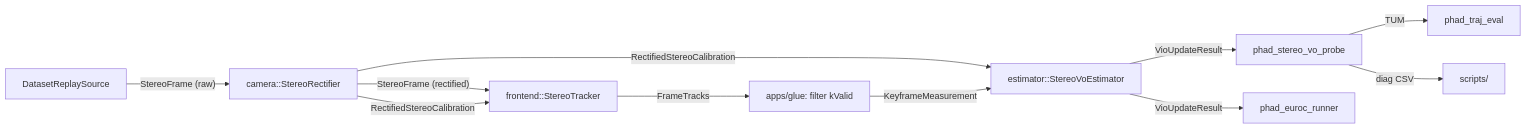
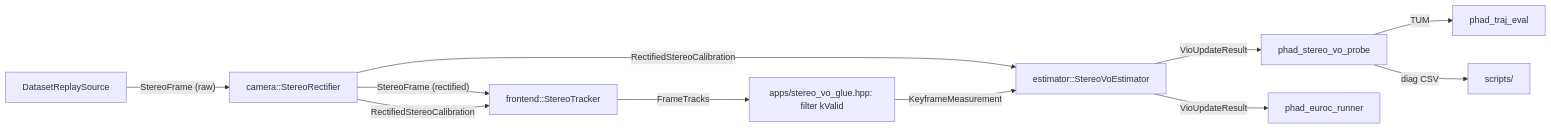
One commit to Nothand0212/phad-vio changed the diagram in docs/plans/2026-07-31_m2.3_vo_backend_dcdbfc71.plan.md. Above: the diagram before and after it, drawn with Mermaid. The commit also changed other lines of this file and 4 other files, not shown here.

````diff
--- a/docs/plans/2026-07-31_m2.3_vo_backend_dcdbfc71.plan.md
+++ b/docs/plans/2026-07-31_m2.3_vo_backend_dcdbfc71.plan.md
@@ -88,13 +92,13 @@
 ```mermaid
 flowchart LR
   Replay["DatasetReplaySource"] -->|"StereoFrame (raw)"| Rect["camera::StereoRectifier"]
   Rect -->|"StereoFrame (rectified)"| Tracker["frontend::StereoTracker"]
   Rect -->|"RectifiedStereoCalibration"| Tracker
   Rect -->|"RectifiedStereoCalibration"| Est["estimator::StereoVoEstimator"]
-  Tracker -->|"FrameTracks"| Glue["apps/glue: filter kValid"]
+  Tracker -->|"FrameTracks"| Glue["apps/stereo_vo_glue.hpp: filter kValid"]
   Glue -->|"KeyframeMeasurement"| Est
   Est -->|"VioUpdateResult"| Probe["phad_stereo_vo_probe"]
   Est -->|"VioUpdateResult"| Runner["phad_euroc_runner"]
   Probe -->|"TUM"| Eval["phad_traj_eval"]
   Probe -->|"diag CSV"| Plot["scripts/"]
 ```
````
